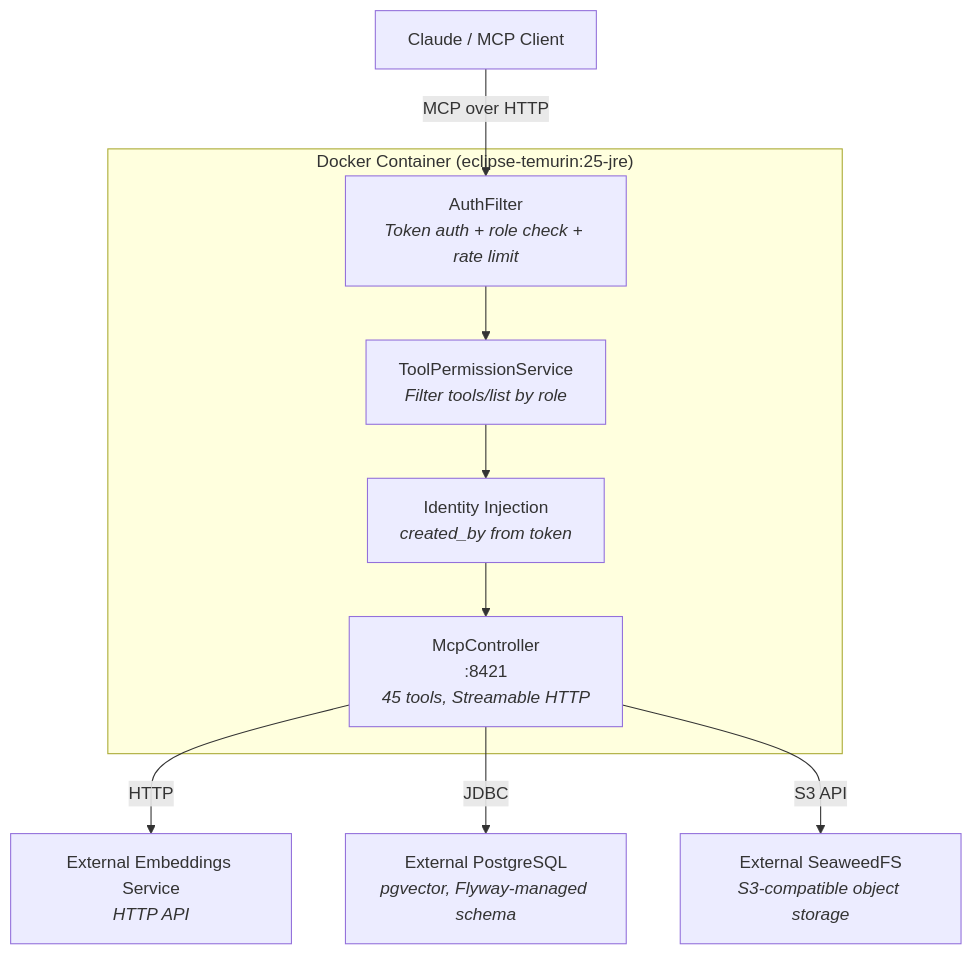
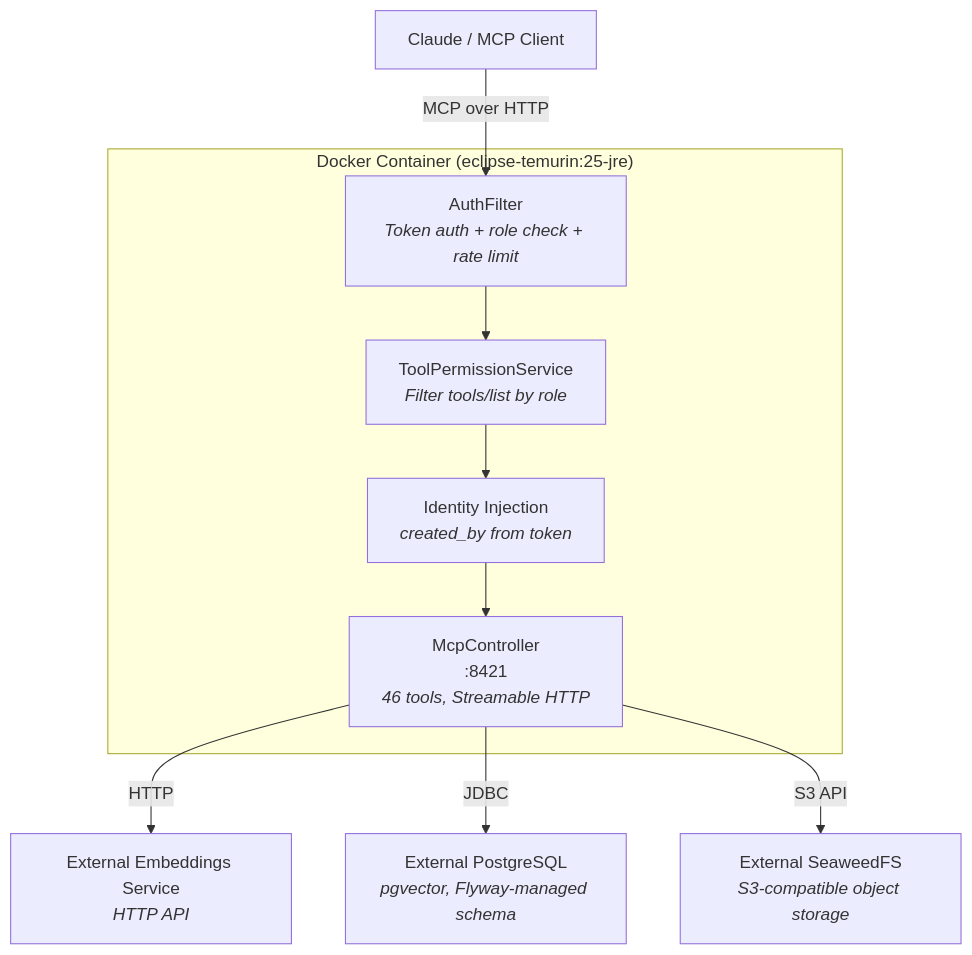
One commit to ufelmann/HiveMem changed the first of 2 diagrams in documentation/architecture.md. Above: the diagram before and after it, drawn with Mermaid. The commit also changed other lines of this file and 2 other files, not shown here.

````diff
--- a/documentation/architecture.md
+++ b/documentation/architecture.md
@@ -3,23 +3,23 @@
 ```mermaid
 graph TB
     Client["Claude / MCP Client"]
 
     subgraph Container["Docker Container (eclipse-temurin:25-jre)"]
         Auth["AuthFilter<br/><i>Token auth + role check + rate limit</i>"]
         ToolGate["ToolPermissionService<br/><i>Filter tools/list by role</i>"]
         Identity["Identity Injection<br/><i>created_by from token</i>"]
-        MCP["McpController<br/>:8421<br/><i>45 tools, Streamable HTTP</i>"]
+        MCP["McpController<br/>:8421<br/><i>46 tools, Streamable HTTP</i>"]
     end
 
     EmbSvc["External Embeddings Service<br/><i>HTTP API</i>"]
     PG["External PostgreSQL<br/><i>pgvector, Flyway-managed schema</i>"]
     SeaweedFS["External SeaweedFS<br/><i>S3-compatible object storage</i>"]
 
     Client -->|"MCP over HTTP"| Auth
     Auth --> ToolGate
     ToolGate --> Identity
     Identity --> MCP
     MCP -->|"HTTP"| EmbSvc
     MCP -->|"JDBC"| PG
     MCP -->|"S3 API"| SeaweedFS
 ```
````
